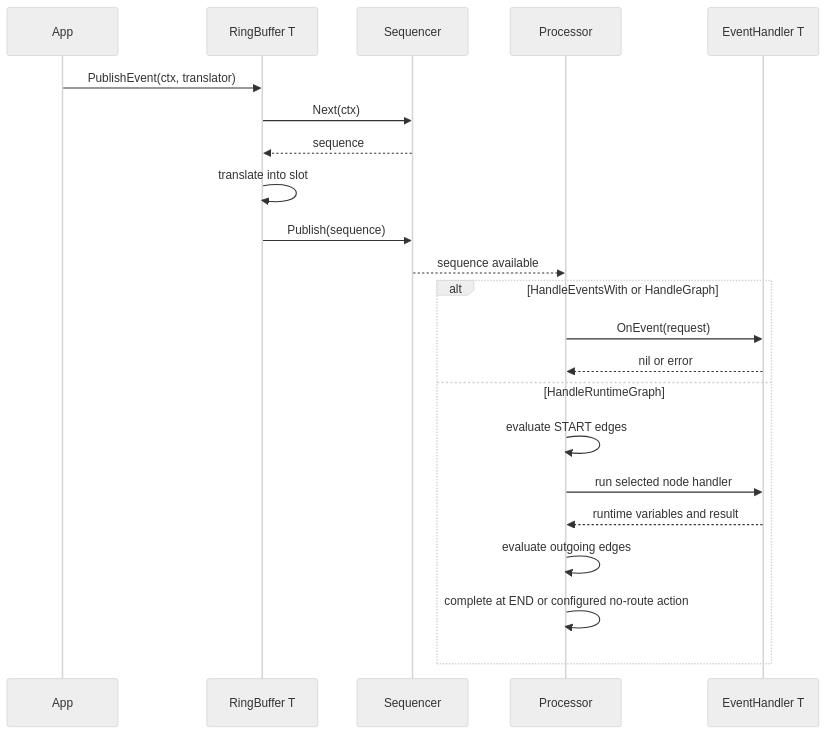
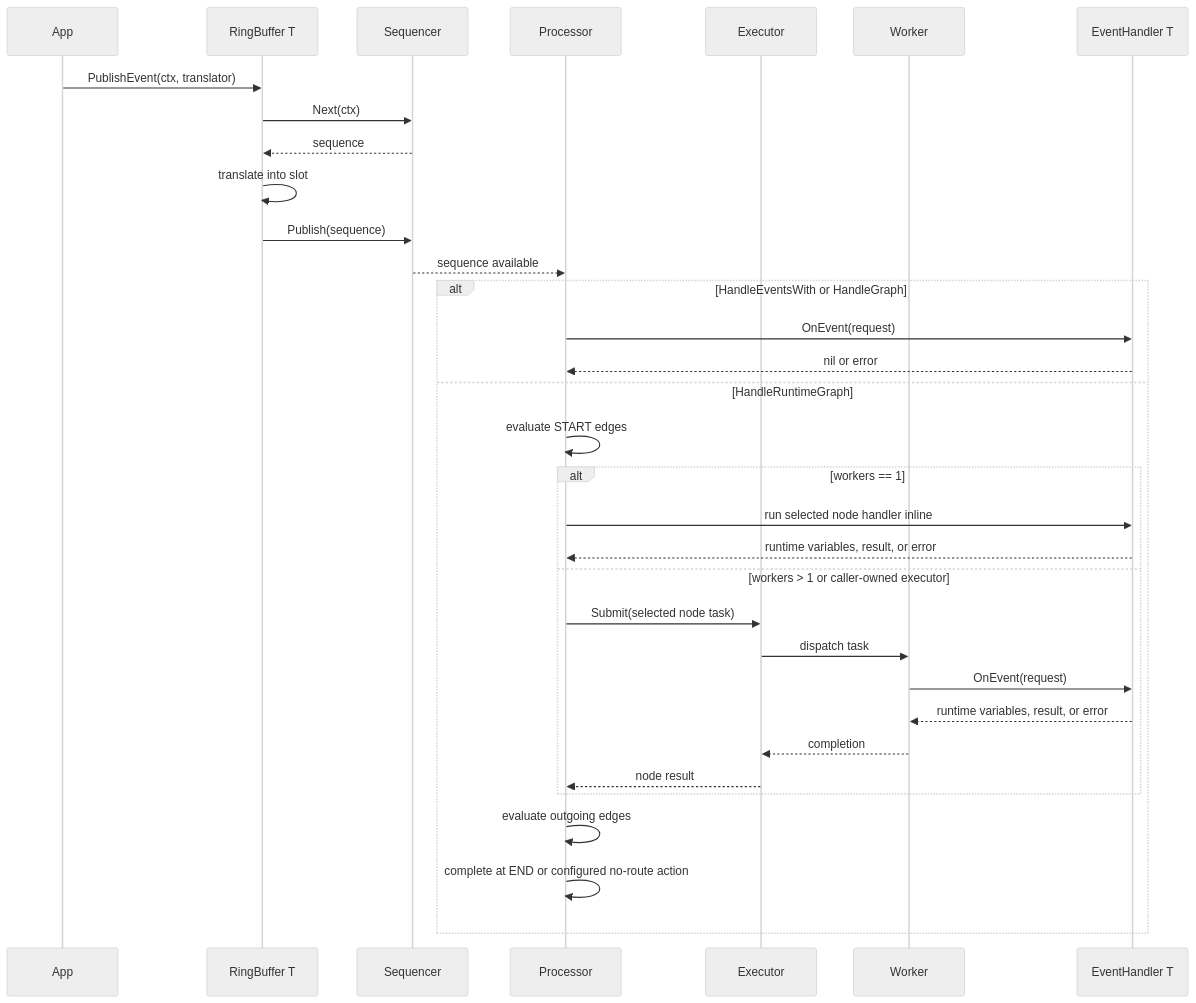
One commit to photowey/disruptor.go changed the second of 5 diagrams in README.md. Above: the diagram before and after it, drawn with Mermaid (neutral theme). The commit also changed other lines of this file and 9 other files, not shown here.

Commit message:
docs: document runtime graph executor flow

````diff
--- a/README.md
+++ b/README.md
@@ -219,25 +229,36 @@
 ```mermaid
 sequenceDiagram
     participant App
     participant RB as RingBuffer T
     participant Seq as Sequencer
     participant Proc as Processor
+    participant Exec as Executor
+    participant W as Worker
     participant H as EventHandler T
 
     App->>RB: PublishEvent(ctx, translator)
     RB->>Seq: Next(ctx)
     Seq-->>RB: sequence
     RB->>RB: translate into slot
     RB->>Seq: Publish(sequence)
     Seq-->>Proc: sequence available
     alt HandleEventsWith or HandleGraph
         Proc->>H: OnEvent(request)
         H-->>Proc: nil or error
     else HandleRuntimeGraph
         Proc->>Proc: evaluate START edges
-        Proc->>H: run selected node handler
-        H-->>Proc: runtime variables and result
+        alt workers == 1
+            Proc->>H: run selected node handler inline
+            H-->>Proc: runtime variables, result, or error
+        else workers > 1 or caller-owned executor
+            Proc->>Exec: Submit(selected node task)
+            Exec->>W: dispatch task
+            W->>H: OnEvent(request)
+            H-->>W: runtime variables, result, or error
+            W-->>Exec: completion
+            Exec-->>Proc: node result
+        end
         Proc->>Proc: evaluate outgoing edges
         Proc->>Proc: complete at END or configured no-route action
     end
 ```
````
